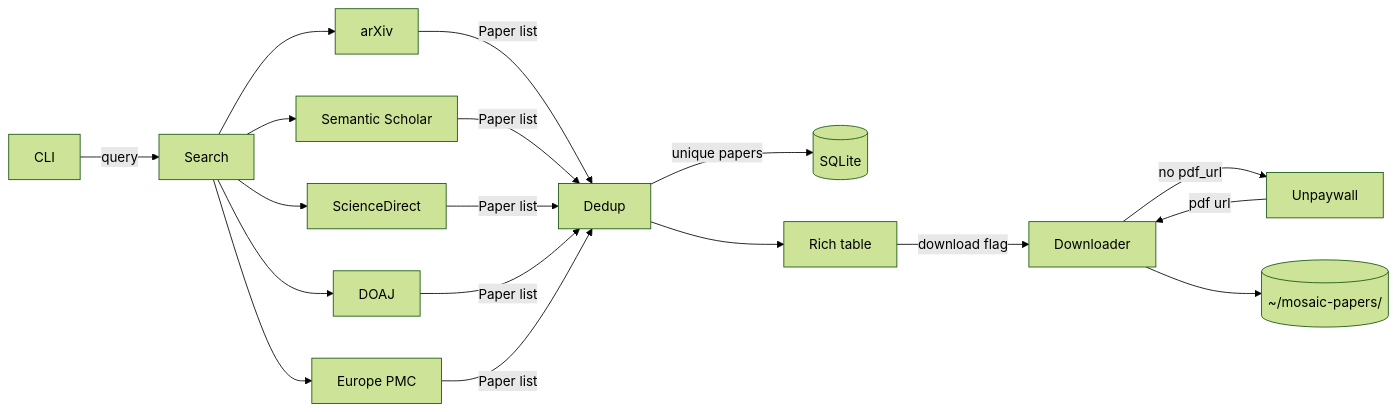
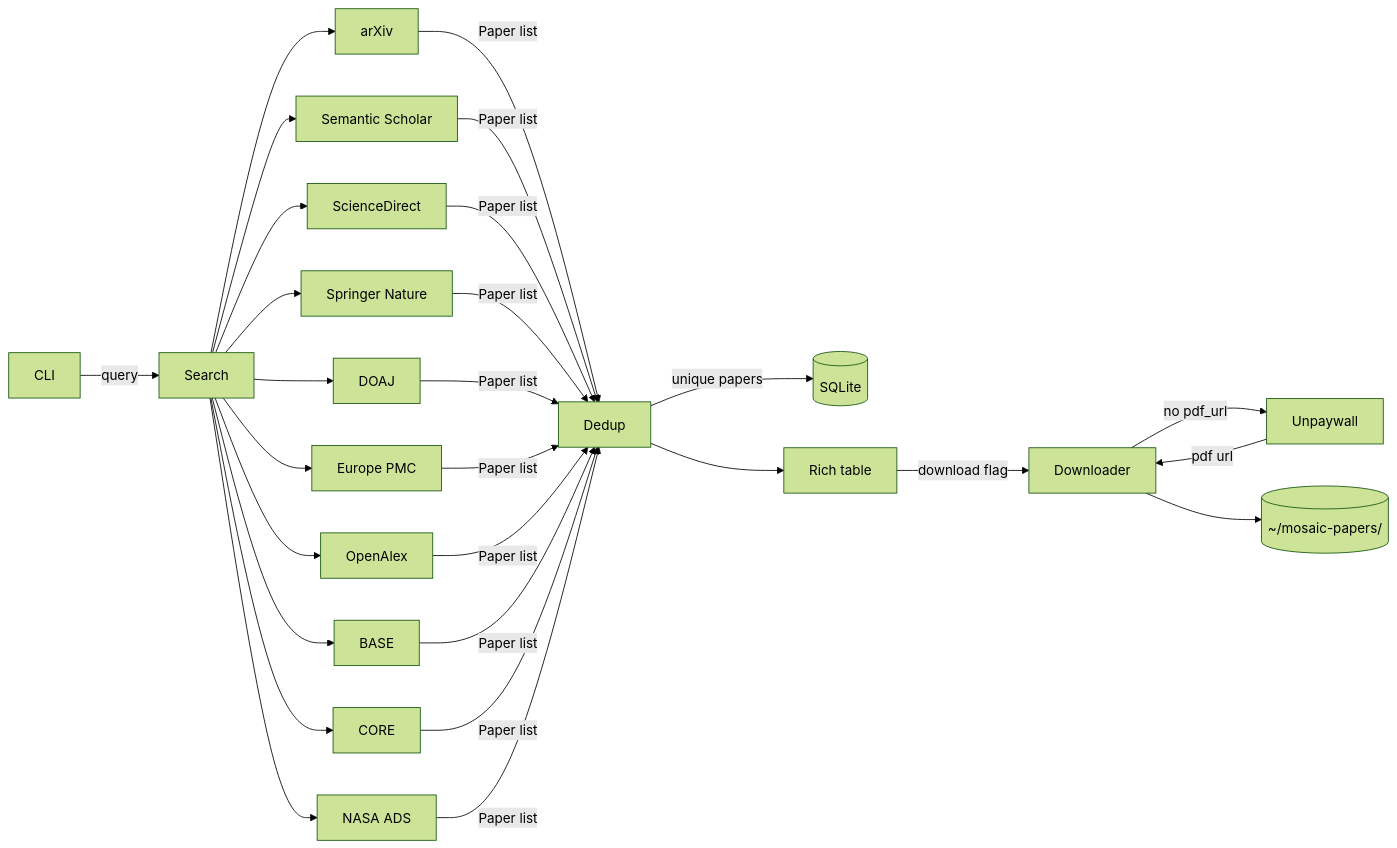
Before and after one commit to szaghi/mosaic: the diagram in docs/index.md, drawn with Mermaid (forest theme). The commit also changed other lines of this file and 2 other files, not shown here.

Commit message:
docs: sync source lists in README, docs/index.md, and CLAUDE.md

````diff
--- a/docs/index.md
+++ b/docs/index.md
@@ -57,16 +57,12 @@
 ```mermaid
 flowchart LR
     CLI -->|query| Search
-    Search --> arXiv
-    Search --> SS[Semantic Scholar]
-    Search --> SD[ScienceDirect]
-    Search --> DOAJ
-    Search --> EPMC[Europe PMC]
-    arXiv & SS & SD & DOAJ & EPMC -->|Paper list| Dedup
+    Search --> arXiv & SS[Semantic Scholar] & SD[ScienceDirect] & SP[Springer Nature] & DOAJ & EPMC[Europe PMC] & OA[OpenAlex] & BASE & CORE & ADS[NASA ADS]
+    arXiv & SS & SD & SP & DOAJ & EPMC & OA & BASE & CORE & ADS -->|Paper list| Dedup
     Dedup -->|unique papers| Cache[(SQLite)]
     Dedup --> Table[Rich table]
     Table -->|download flag| DL[Downloader]
     DL -->|no pdf_url| UPW[Unpaywall]
     UPW -->|pdf url| DL
     DL --> Disk[(~/mosaic-papers/)]
 ```
````
